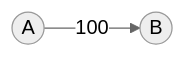
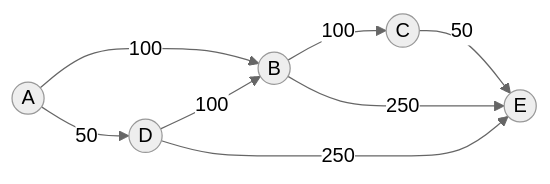
Before and after one commit to LeonStoldt/technische-Grundlagen-der-Informatik: the third of 3 diagrams in content.md, drawn with Mermaid (neutral theme). The commit also changed other lines of this file, not shown here.

````diff
--- a/content.md
+++ b/content.md
@@ -705,6 +705,11 @@
 ``` mermaid
 graph LR
 A((A)) --100--> B((B))
-
+A --50--> D((D))
+D --100--> B
+B --100--> C((C))
+C --50--> E((E))
+B --250--> E
+D --250--> E
 
 ```
````
